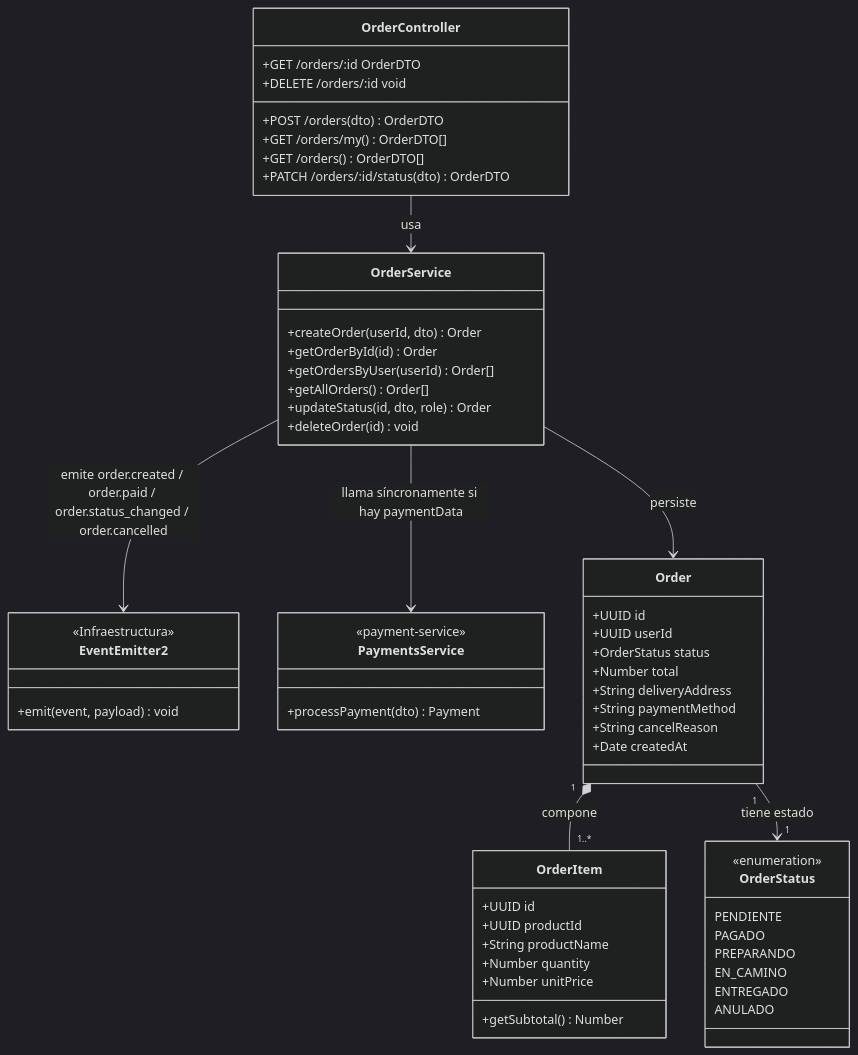
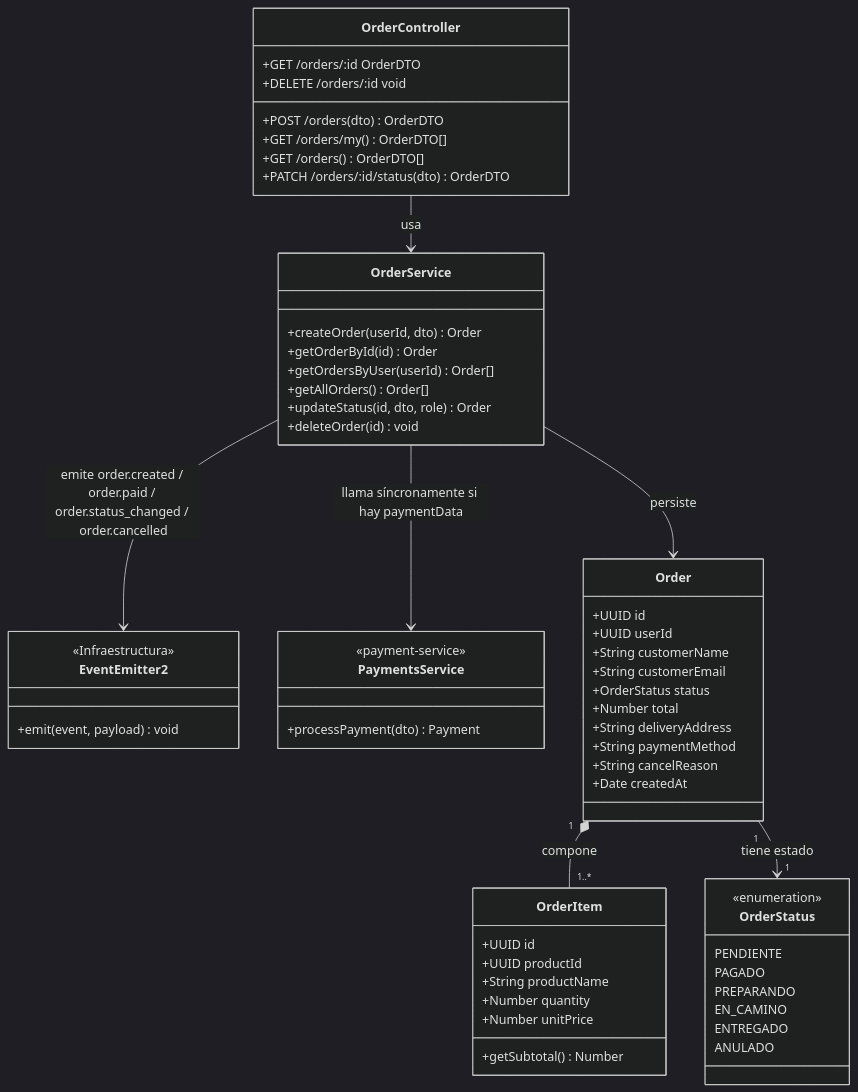
Before and after one commit to holyusm/INF-301-WWW: the eighth of 12 diagrams in BackEnd-Arquitectura.md, drawn with Mermaid (dark theme). The commit also changed other lines of this file and 8 other files, not shown here.

````diff
--- a/BackEnd-Arquitectura.md
+++ b/BackEnd-Arquitectura.md
@@ -1005,67 +1007,69 @@
 ```mermaid
 classDiagram
     class OrderController {
         +POST /orders(dto) OrderDTO
         +GET /orders/my() OrderDTO[]
         +GET /orders() OrderDTO[]
         +GET /orders/:id OrderDTO
         +PATCH /orders/:id/status(dto) OrderDTO
         +DELETE /orders/:id void
     }
 
     class OrderService {
         +createOrder(userId, dto) Order
         +getOrderById(id) Order
         +getOrdersByUser(userId) Order[]
         +getAllOrders() Order[]
         +updateStatus(id, dto, role) Order
         +deleteOrder(id) void
     }
 
     class EventEmitter2 {
         <<Infraestructura>>
         +emit(event, payload) void
     }
 
     class PaymentsService {
         <<payment-service>>
         +processPayment(dto) Payment
     }
 
     class Order {
         +UUID id
         +UUID userId
+        +String customerName
+        +String customerEmail
         +OrderStatus status
         +Number total
         +String deliveryAddress
         +String paymentMethod
         +String cancelReason
         +Date createdAt
     }
 
     class OrderItem {
         +UUID id
         +UUID productId
         +String productName
         +Number quantity
         +Number unitPrice
         +getSubtotal() Number
     }
 
     class OrderStatus {
         <<enumeration>>
         PENDIENTE
         PAGADO
         PREPARANDO
         EN_CAMINO
         ENTREGADO
         ANULADO
     }
 
     OrderController --> OrderService : usa
     OrderService --> EventEmitter2 : emite order.created / order.paid / order.status_changed / order.cancelled
     OrderService --> PaymentsService : llama síncronamente si hay paymentData
     OrderService --> Order : persiste
     Order "1" *-- "1..*" OrderItem : compone
     Order "1" --> "1" OrderStatus : tiene estado
 ```
````
